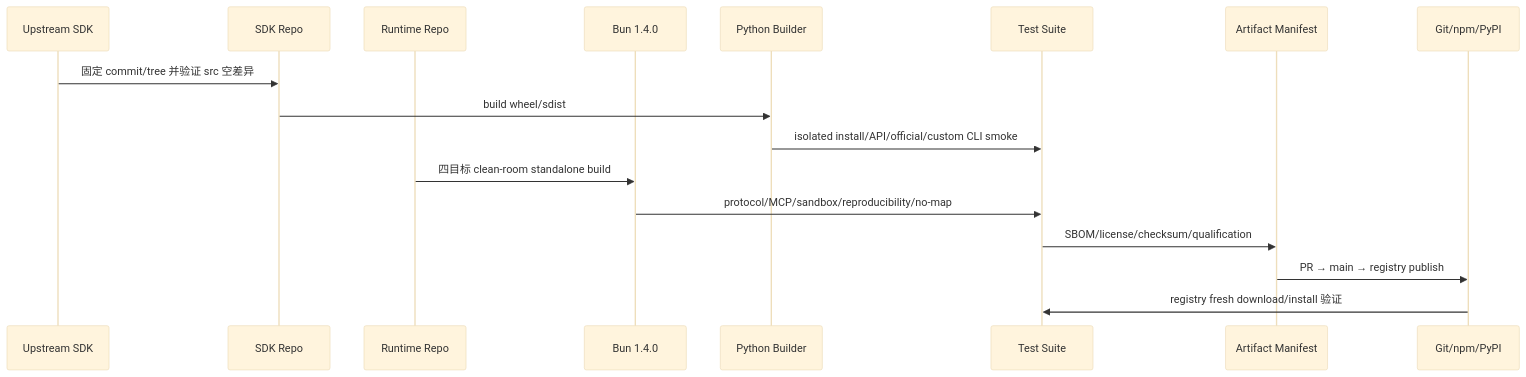
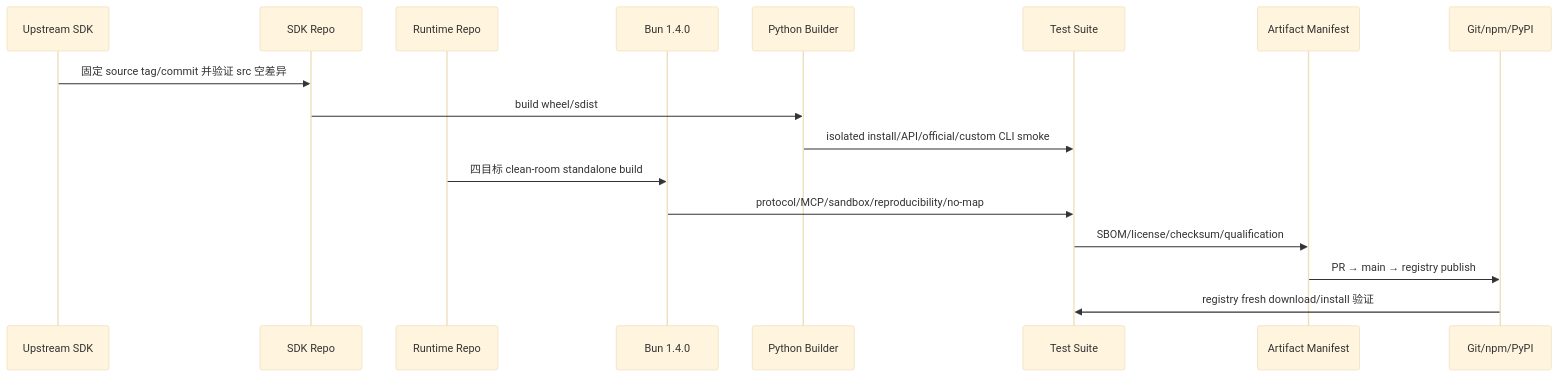
The fourth of 4 diagrams in docs/architecture/项目架构设计说明.md (glide-the/im-dream), drawn with Mermaid (base theme) before and after one commit. The commit also changed other lines of this file and 13 other files, not shown here.

````diff
--- a/docs/architecture/项目架构设计说明.md
+++ b/docs/architecture/项目架构设计说明.md
@@ -331,19 +339,19 @@
 ```mermaid
 sequenceDiagram
     participant US as Upstream SDK
     participant SR as SDK Repo
     participant RR as Runtime Repo
     participant B as Bun 1.4.0
     participant PB as Python Builder
     participant T as Test Suite
     participant M as Artifact Manifest
     participant G as Git/npm/PyPI
-    US->>SR: 固定 commit/tree 并验证 src 空差异
+    US->>SR: 固定 source tag/commit 并验证 src 空差异
     SR->>PB: build wheel/sdist
     PB->>T: isolated install/API/official/custom CLI smoke
     RR->>B: 四目标 clean-room standalone build
     B->>T: protocol/MCP/sandbox/reproducibility/no-map
     T->>M: SBOM/license/checksum/qualification
     M->>G: PR → main → registry publish
     G->>T: registry fresh download/install 验证
 ```
````
